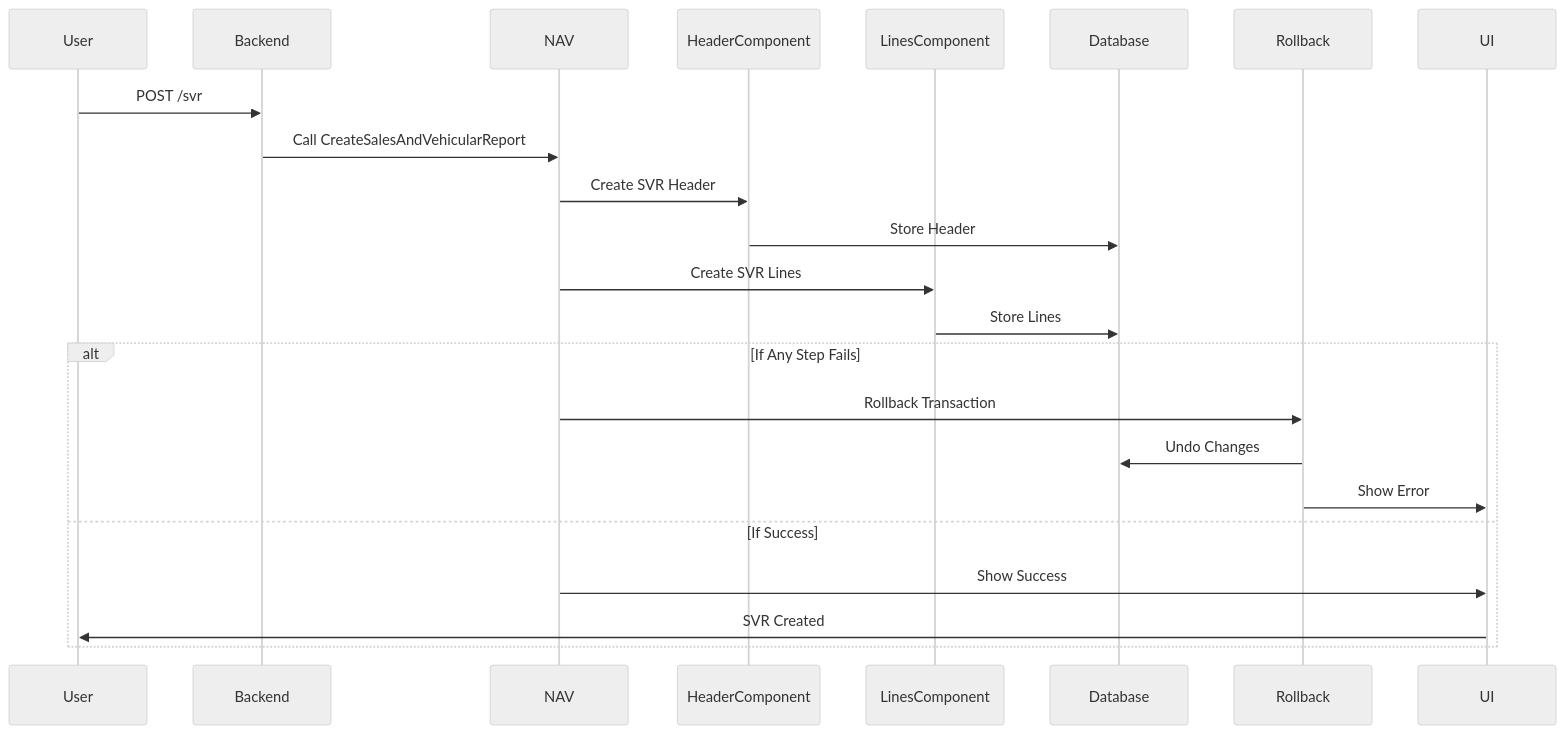
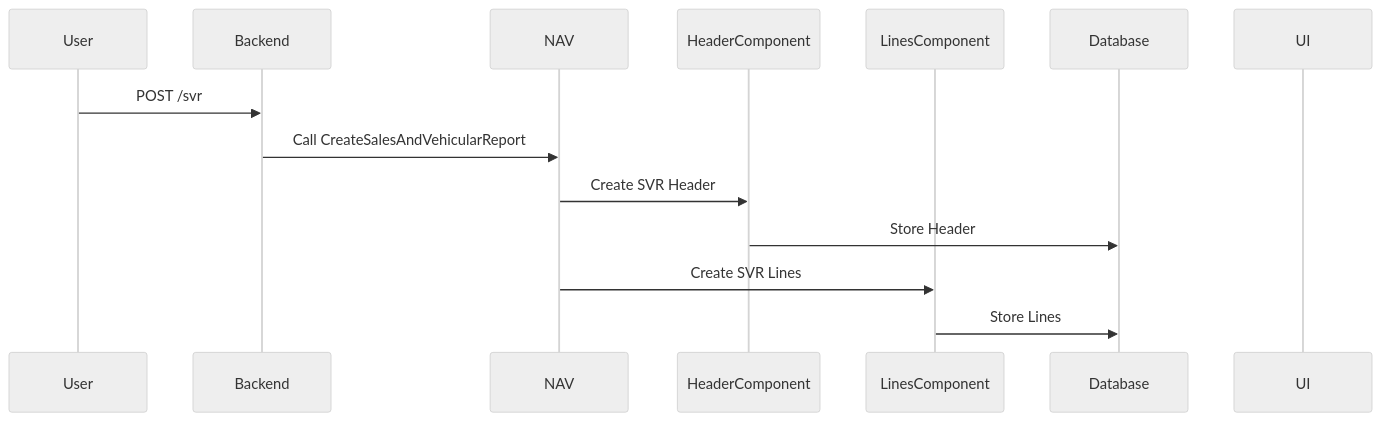
One commit to mincerray1/flows changed the diagram in seq_nav_svr.mmd. Above: the diagram before and after it, drawn with Mermaid (neutral theme).

```diff
--- a/seq_nav_svr.mmd
+++ b/seq_nav_svr.mmd
@@ -1,25 +1,15 @@
 sequenceDiagram
     participant User
     participant Backend
     participant NAV
     participant HeaderComponent
     participant LinesComponent
     participant Database
-    participant Rollback
     participant UI
 
     User->>Backend: POST /svr
     Backend->>NAV: Call CreateSalesAndVehicularReport
     NAV->>HeaderComponent: Create SVR Header
     HeaderComponent->>Database: Store Header
     NAV->>LinesComponent: Create SVR Lines
     LinesComponent->>Database: Store Lines
-
-    alt If Any Step Fails
-        NAV->>Rollback: Rollback Transaction
-        Rollback->>Database: Undo Changes
-        Rollback->>UI: Show Error
-    else If Success
-        NAV->>UI: Show Success
-        UI->>User: SVR Created
-    end
```
